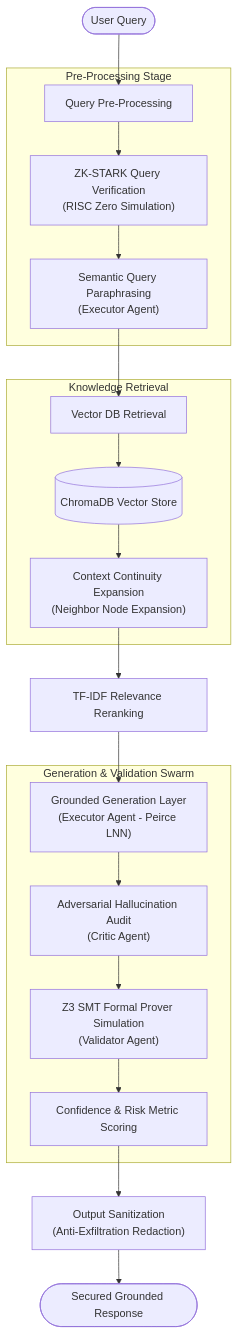
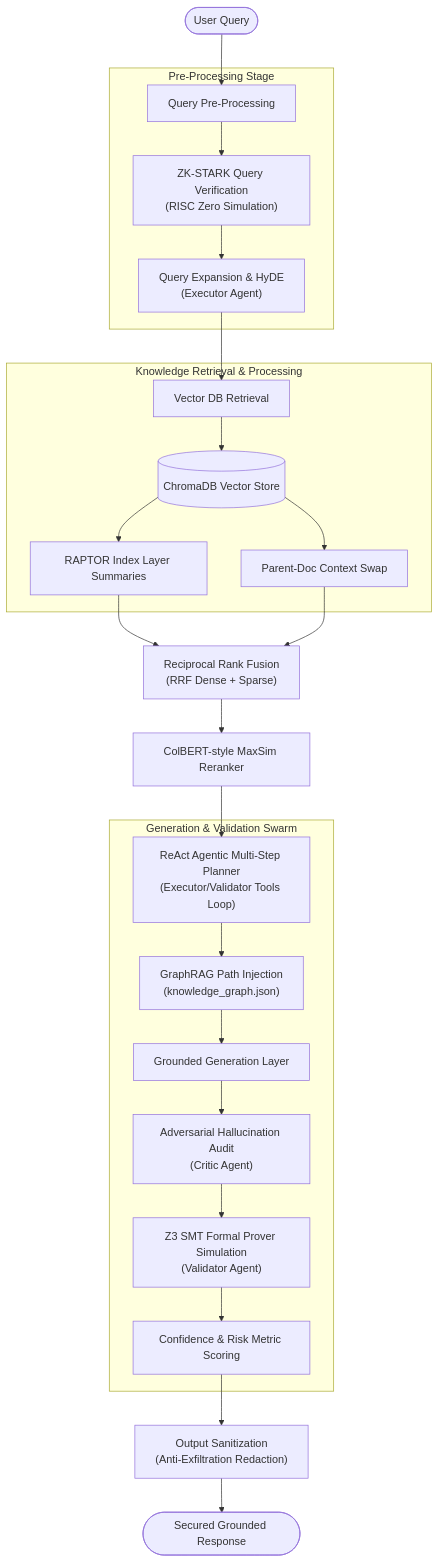
One commit to arnab9957/RAG-ISRO changed the diagram in README.md. Above: the diagram before and after it, drawn with Mermaid. The commit also changed other lines of this file and 10 other files, not shown here.

````diff
--- a/README.md
+++ b/README.md
@@ -13,28 +29,35 @@
 ```mermaid
 graph TD
     User([User Query]) --> PreProcess[Query Pre-Processing]
     
     subgraph Pre-Processing Stage
         PreProcess --> ZK["ZK-STARK Query Verification<br/>(RISC Zero Simulation)"]
-        ZK --> Paraphrase["Semantic Query Paraphrasing<br/>(Executor Agent)"]
+        ZK --> Expand["Query Expansion & HyDE<br/>(Executor Agent)"]
     end
     
-    Paraphrase --> VectorQuery[Vector DB Retrieval]
+    Expand --> VectorQuery[Vector DB Retrieval]
     
-    subgraph Knowledge Retrieval
+    subgraph Knowledge Retrieval & Processing
         VectorQuery --> Chroma[(ChromaDB Vector Store)]
-        Chroma --> ContextExpand["Context Continuity Expansion<br/>(Neighbor Node Expansion)"]
+        Chroma --> RRAPTOR["RAPTOR Index Layer Summaries"]
+        Chroma --> ParentDoc["Parent-Doc Context Swap"]
     end
     
-    ContextExpand --> Rerank[TF-IDF Relevance Reranking]
-    Rerank --> ExecutorGen["Grounded Generation Layer<br/>(Executor Agent - Peirce LNN)"]
+    RRAPTOR --> Fusion["Reciprocal Rank Fusion<br/>(RRF Dense + Sparse)"]
+    ParentDoc --> Fusion
+    
+    Fusion --> ColBERT["ColBERT-style MaxSim Reranker"]
+    
+    ColBERT --> ReActLoop["ReAct Agentic Multi-Step Planner<br/>(Executor/Validator Tools Loop)"]
     
     subgraph Generation & Validation Swarm
+        ReActLoop --> GraphRAG["GraphRAG Path Injection<br/>(knowledge_graph.json)"]
+        GraphRAG --> ExecutorGen["Grounded Generation Layer"]
         ExecutorGen --> CriticAudit["Adversarial Hallucination Audit<br/>(Critic Agent)"]
         CriticAudit --> SMTVerify["Z3 SMT Formal Prover Simulation<br/>(Validator Agent)"]
         SMTVerify --> ConfScore[Confidence & Risk Metric Scoring]
     end
     
     ConfScore --> OutSanitize["Output Sanitization<br/>(Anti-Exfiltration Redaction)"]
     OutSanitize --> FinalResponse([Secured Grounded Response])
 ```
````
